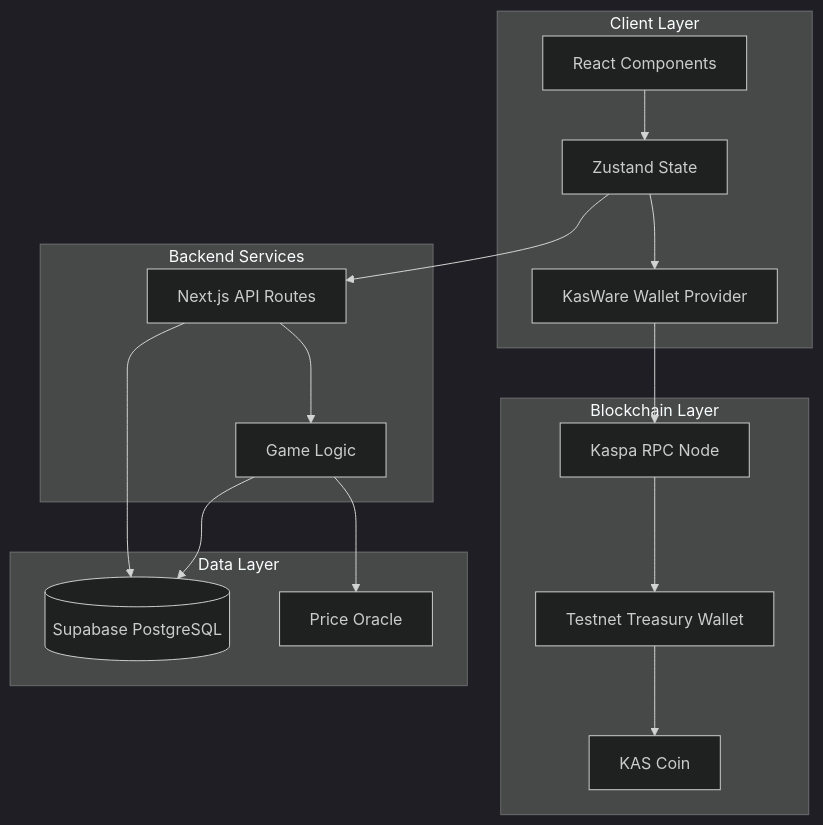
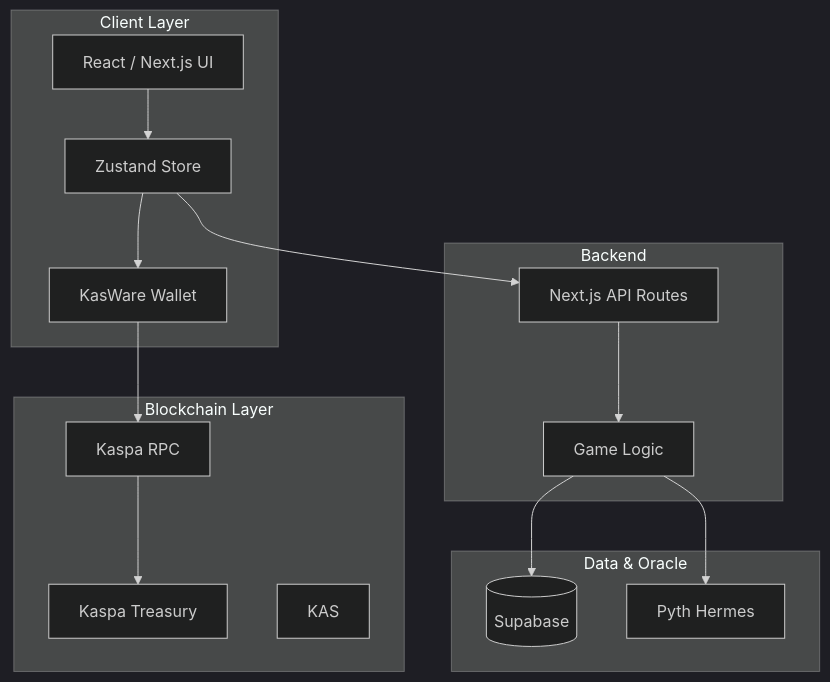
The first of 6 diagrams in README.md (AmaanSayyad/Kasnomo), drawn with Mermaid (dark theme) before and after one commit. The commit also changed other lines of this file and 4 other files, not shown here.

````diff
--- a/README.md
+++ b/README.md
@@ -21,38 +55,30 @@
 ```mermaid
 graph TB
-    subgraph "Client Layer"
-        UI[React Components]
-        Store[Zustand State]
-        KasWare[KasWare Wallet Provider]
+    subgraph Client["Client Layer"]
+        UI[React / Next.js UI]
+        Store[Zustand Store]
+        KasWare[KasWare Wallet]
     end
-    
-    subgraph "Blockchain Layer"
-        KaspaNode[Kaspa RPC Node]
-        Treasury[Testnet Treasury Wallet]
-        KAS[KAS Coin]
+
+    subgraph Blockchain["Blockchain Layer"]
+        KaspaRPC[Kaspa RPC]
+        Treasury[Kaspa Treasury]
+        KAS[KAS]
     end
-    
-    subgraph "Backend Services"
+
+    subgraph Backend["Backend"]
         NextAPI[Next.js API Routes]
         GameEngine[Game Logic]
     end
-    
-    subgraph "Data Layer"
-        Supabase[(Supabase PostgreSQL)]
-        PriceFeed[Price Oracle]
+
+    subgraph Data["Data & Oracle"]
+        Supabase[(Supabase)]
+        Pyth[Pyth Hermes]
     end
-    
-    UI --> Store
-    Store --> KasWare
-    KasWare --> KaspaNode
-    
-    KaspaNode --> Treasury
-    Treasury --> KAS
-    
-    Store --> NextAPI
-    NextAPI --> Supabase
-    NextAPI --> GameEngine
-    
-    GameEngine --> PriceFeed
+
+    UI --> Store --> KasWare
+    KasWare --> KaspaRPC --> Treasury
+    Store --> NextAPI --> GameEngine
+    GameEngine --> Pyth
     GameEngine --> Supabase
 ```
````
